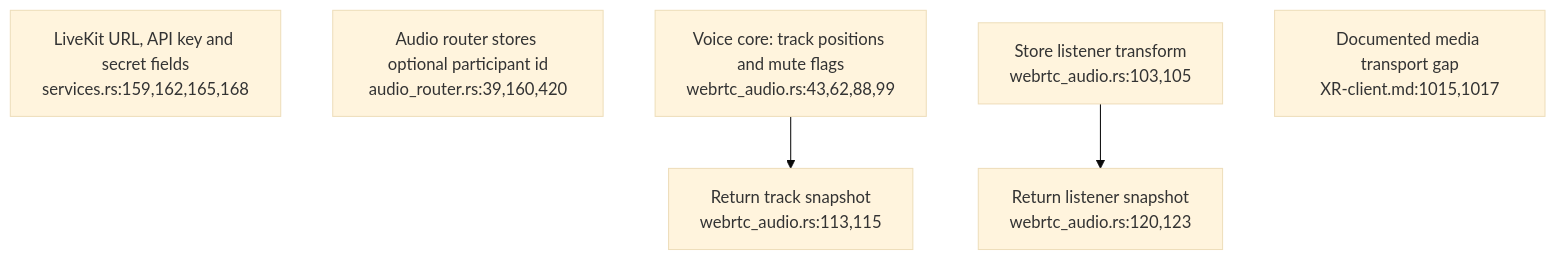
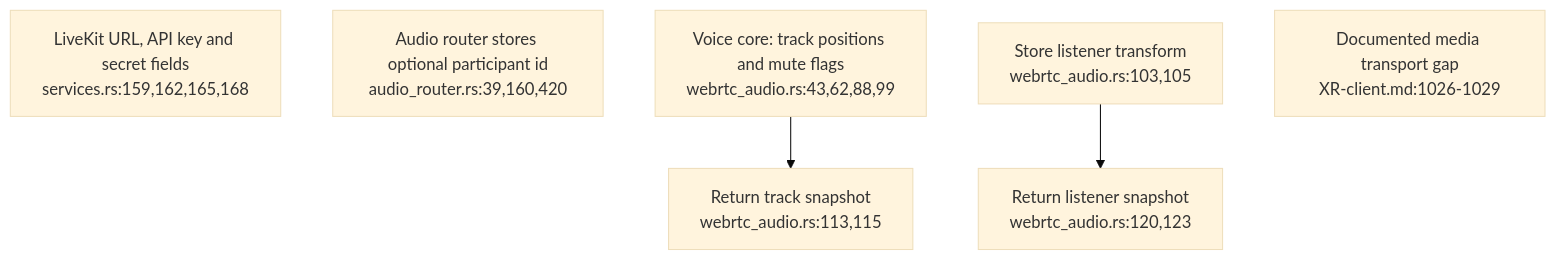
Before and after one commit to DreamLab-AI/VisionFlow: the first of 3 diagrams in docs/diagrams/visionclaw/50-deferred-space-voice.md, drawn with Mermaid (base theme). The commit also changed other lines of this file and 14 other files, not shown here.

Commit message:
docs: align settlement, daemon and dated health diagrams

````diff
--- a/docs/diagrams/visionclaw/50-deferred-space-voice.md
+++ b/docs/diagrams/visionclaw/50-deferred-space-voice.md
@@ -28,8 +28,8 @@
 ```mermaid
 flowchart TD
     CONFIG["LiveKit URL, API key and secret fields<br/>services.rs:159,162,165,168"]
     ROUTER["Audio router stores optional participant id<br/>audio_router.rs:39,160,420"]
     TRACKS["Voice core: track positions and mute flags<br/>webrtc_audio.rs:43,62,88,99"] --> SNAP["Return track snapshot<br/>webrtc_audio.rs:113,115"]
     LISTENER["Store listener transform<br/>webrtc_audio.rs:103,105"] --> READ["Return listener snapshot<br/>webrtc_audio.rs:120,123"]
-    GAP["Documented media transport gap<br/>XR-client.md:1015,1017"]
+    GAP["Documented media transport gap<br/>XR-client.md:1026-1029"]
 ```
````
